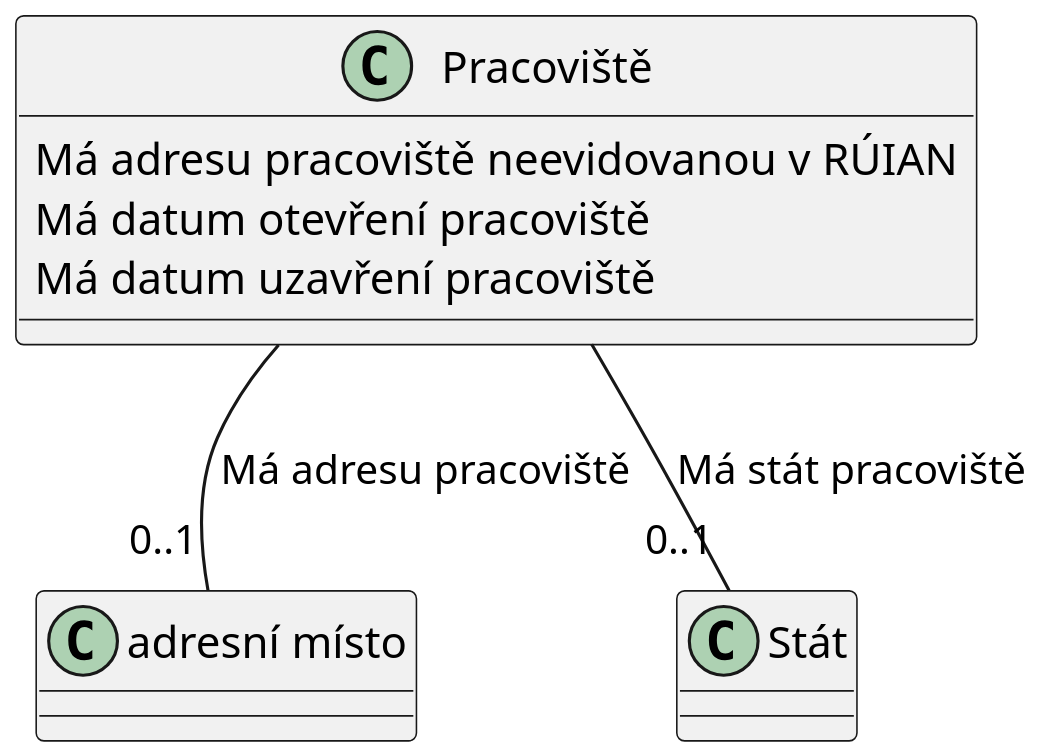
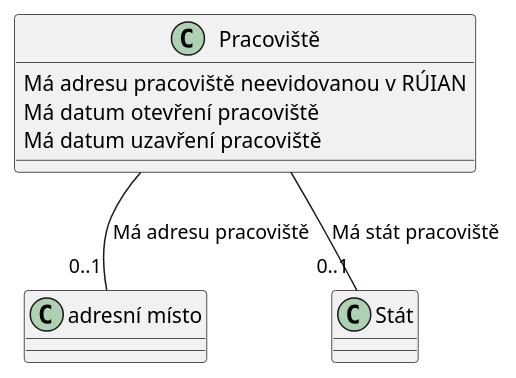
One commit to jakubklimek/testovani changed the diagram in pracoviste/conceptual-model.plantuml. Above: the diagram before and after it, drawn with PlantUML. The commit also changed 37 other files, not shown here.

```diff
--- a/pracoviste/conceptual-model.plantuml
+++ b/pracoviste/conceptual-model.plantuml
@@ -1,18 +1,17 @@
 @startuml
 set namespaceSeparator none
-skinparam dpi 200
 class "Pracoviště" {
   Má adresu pracoviště neevidovanou v RÚIAN
   Má datum otevření pracoviště
   Má datum uzavření pracoviště
 }
 
 class "adresní místo" {
 }
 
 class "Stát" {
 }
 
 "Pracoviště" -- "0..1" "adresní místo" :  "Má adresu pracoviště"
 "Pracoviště" -- "0..1" "Stát" :  "Má stát pracoviště"
 @enduml
```
